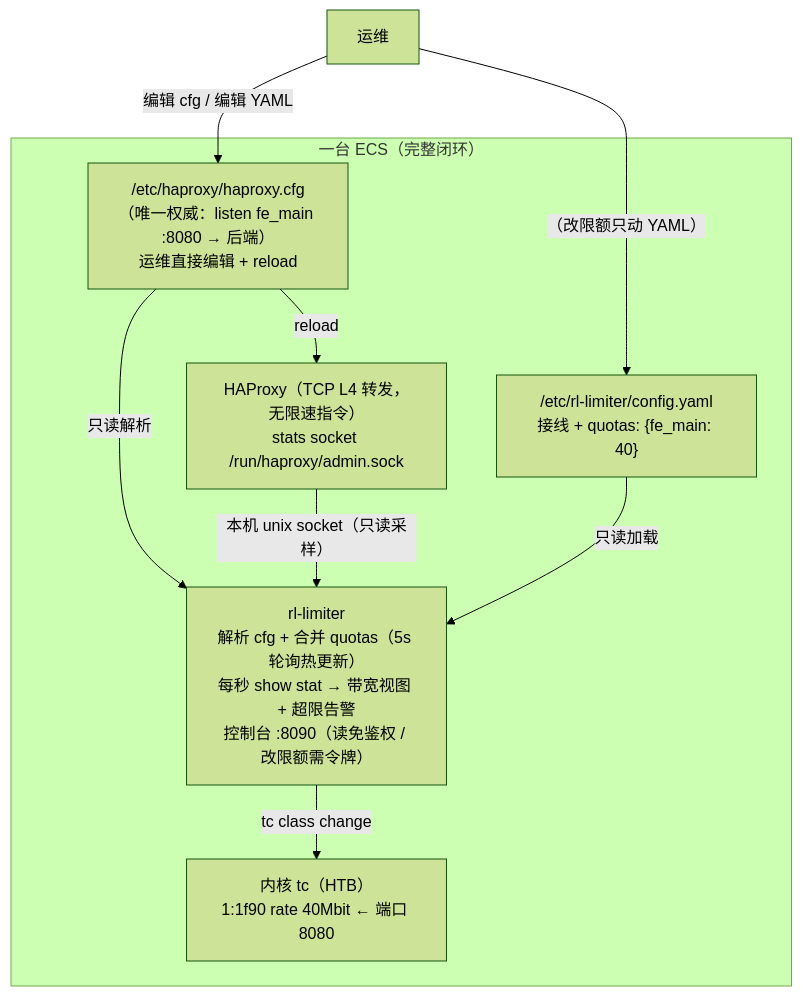
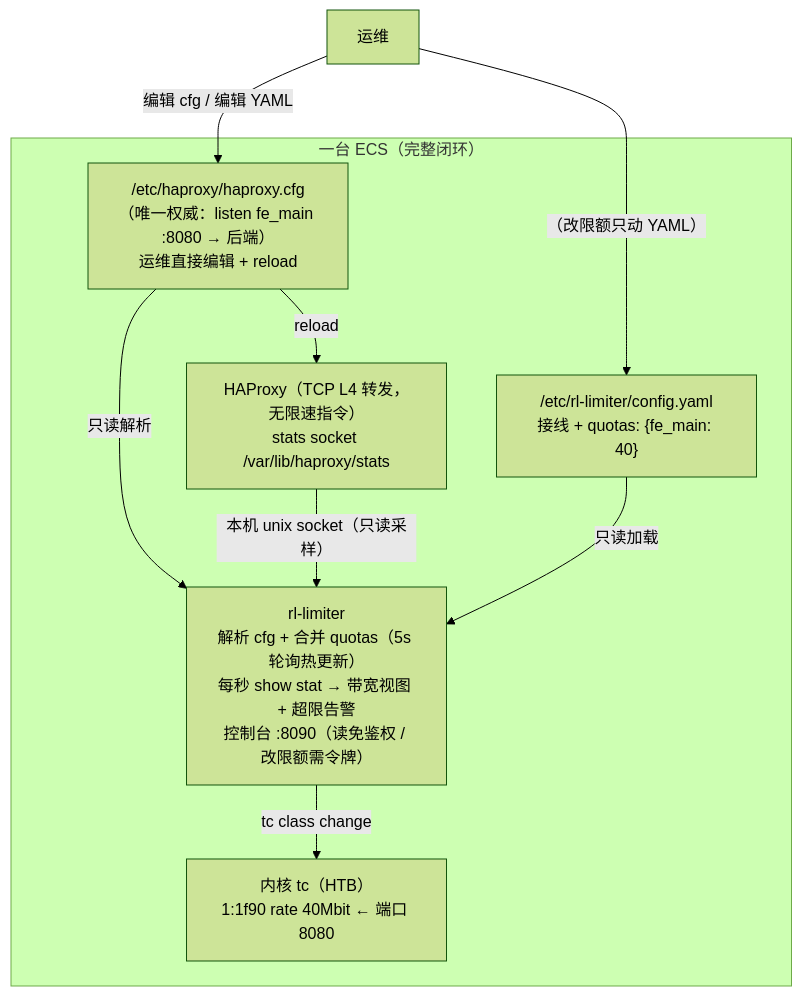
The diagram in docs/01-方案设计.md (ipest-info/haproxy_ingress_rate_limiter), drawn with Mermaid (forest theme) before and after one commit. The commit also changed 24 other files, not shown here.

First line of the commit message:
默认 stats socket 路径改为 /var/lib/haproxy/stats

````diff
--- a/docs/01-方案设计.md
+++ b/docs/01-方案设计.md
@@ -66,18 +66,18 @@
 ```mermaid
 flowchart TD
     subgraph N1["一台 ECS（完整闭环）"]
         CFG["/etc/haproxy/haproxy.cfg<br/>（唯一权威：listen fe_main :8080 → 后端）<br/>运维直接编辑 + reload"]
         YAML["/etc/rl-limiter/config.yaml<br/>接线 + quotas: {fe_main: 40}"]
-        HA1["HAProxy（TCP L4 转发，无限速指令）<br/>stats socket /run/haproxy/admin.sock"]
+        HA1["HAProxy（TCP L4 转发，无限速指令）<br/>stats socket /var/lib/haproxy/stats"]
         TC["内核 tc（HTB）<br/>1:1f90 rate 40Mbit ← 端口 8080"]
         RL1["rl-limiter<br/>解析 cfg + 合并 quotas（5s 轮询热更新）<br/>每秒 show stat → 带宽视图 + 超限告警<br/>控制台 :8090（读免鉴权 / 改限额需令牌）"]
         CFG -->|"只读解析"| RL1
         YAML -->|"只读加载"| RL1
         CFG -->|"reload"| HA1
         RL1 -->|"tc class change"| TC
         HA1 -->|"本机 unix socket（只读采样）"| RL1
     end
 
     OPS["运维"] -->|"编辑 cfg / 编辑 YAML"| CFG
     OPS -->|"（改限额只动 YAML）"| YAML
 ```
````
